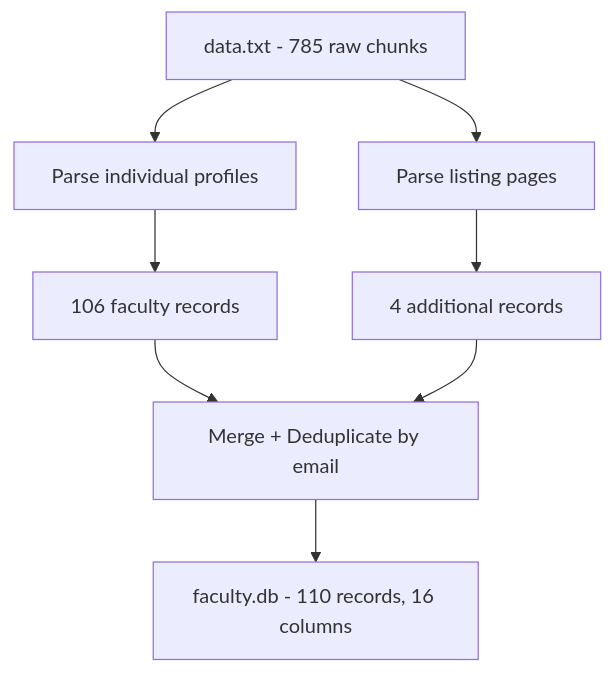
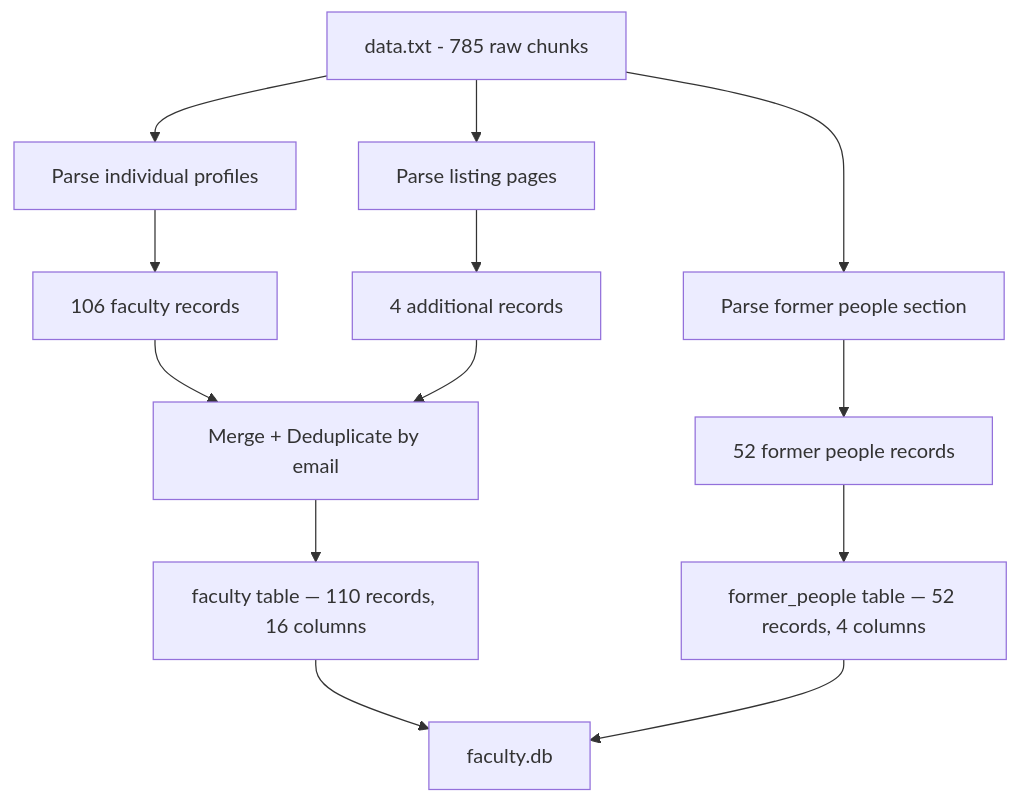
Before and after one commit to arxhr007/sahrdaya_ragx: diagram 14 of 16 in WORKING.md, drawn with Mermaid. The commit also changed other lines of this file and 6 other files, not shown here.

Commit message:
feat: former people SQL table, routing, and docs updates

````diff
--- a/WORKING.md
+++ b/WORKING.md
@@ -627,10 +690,15 @@
 ```mermaid
 flowchart TD
     A[data.txt - 785 raw chunks] --> B[Parse individual profiles]
     A --> C[Parse listing pages]
+    A --> FP[Parse former people section]
     B --> D[106 faculty records]
     C --> E[4 additional records]
+    FP --> FPR[52 former people records]
     D --> F[Merge + Deduplicate by email]
     E --> F
-    F --> G["faculty.db - 110 records, 16 columns"]
+    F --> G["faculty table — 110 records, 16 columns"]
+    FPR --> H["former_people table — 52 records, 4 columns"]
+    G --> I[faculty.db]
+    H --> I
 ```
````
